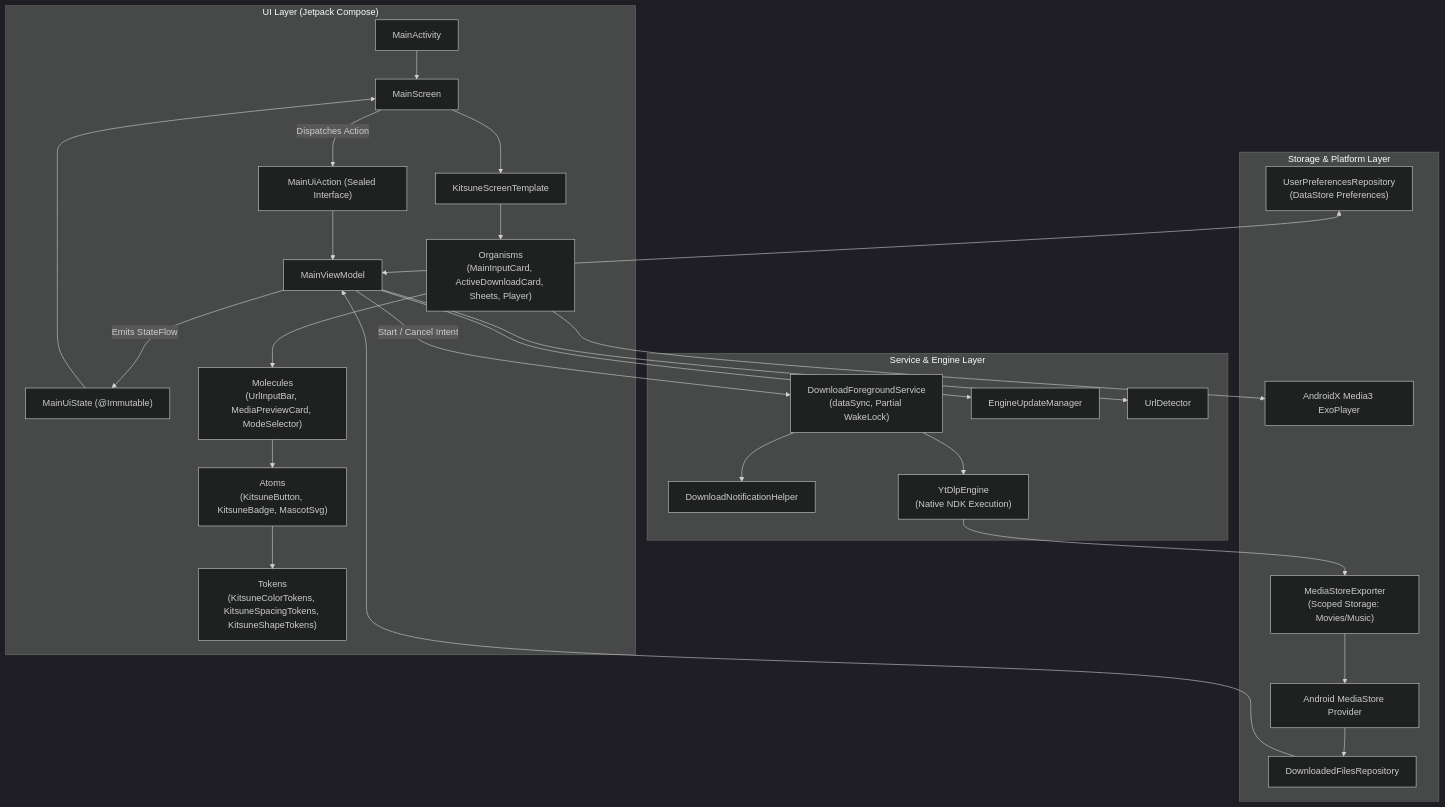
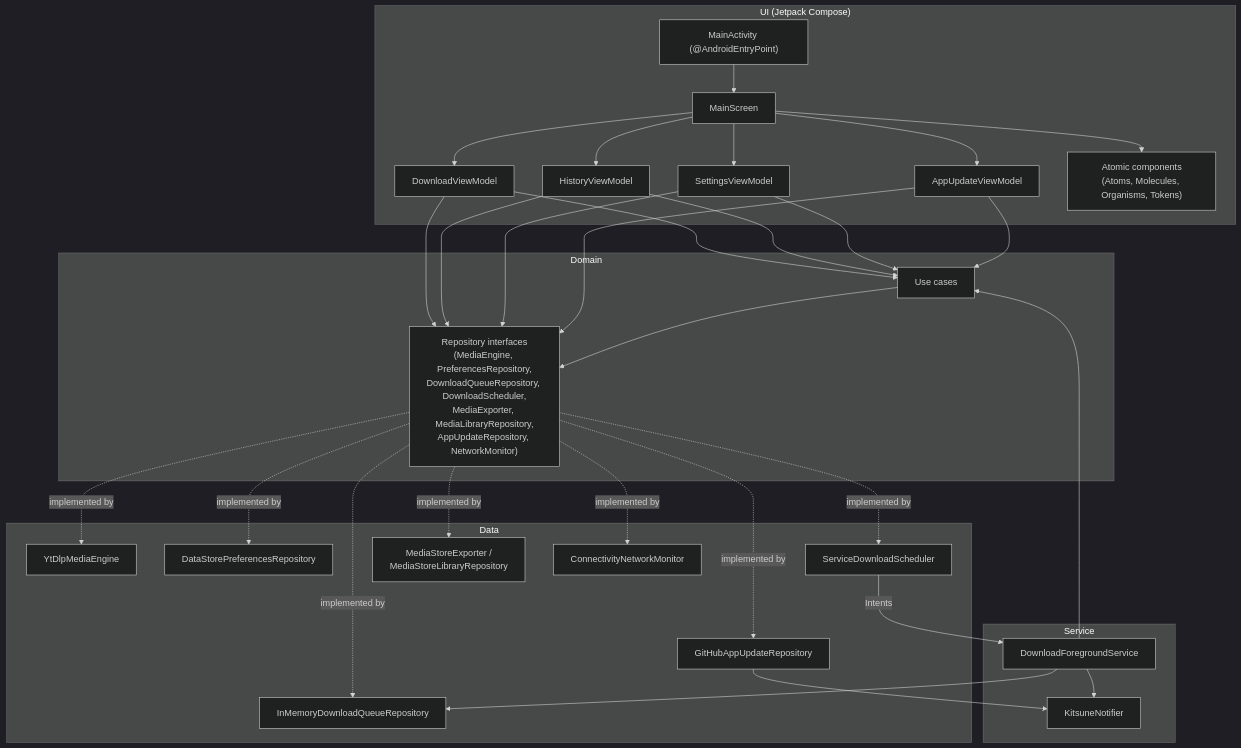
One commit to danielcrvo/kitsune changed the first of 2 diagrams in ARCHITECTURE.md. Above: the diagram before and after it, drawn with Mermaid (dark theme). The commit also changed other lines of this file and 115 other files, not shown here.

First line of the commit message:
refactor: layered architecture with Hilt and feature ViewModels

````diff
--- a/ARCHITECTURE.md
+++ b/ARCHITECTURE.md
@@ -16,55 +19,45 @@
 ```mermaid
 flowchart TD
-    subgraph UI_Layer["UI Layer (Jetpack Compose)"]
-        Activity["MainActivity"]
+    subgraph UI["UI (Jetpack Compose)"]
+        Activity["MainActivity (@AndroidEntryPoint)"]
         Screen["MainScreen"]
-        ViewModel["MainViewModel"]
-        Action["MainUiAction (Sealed Interface)"]
-        State["MainUiState (@Immutable)"]
-        Template["KitsuneScreenTemplate"]
-        Organisms["Organisms\n(MainInputCard, ActiveDownloadCard, Sheets, Player)"]
-        Molecules["Molecules\n(UrlInputBar, MediaPreviewCard, ModeSelector)"]
-        Atoms["Atoms\n(KitsuneButton, KitsuneBadge, MascotSvg)"]
-        Tokens["Tokens\n(KitsuneColorTokens, KitsuneSpacingTokens, KitsuneShapeTokens)"]
+        DownloadVM["DownloadViewModel"]
+        HistoryVM["HistoryViewModel"]
+        SettingsVM["SettingsViewModel"]
+        UpdateVM["AppUpdateViewModel"]
+        Components["Atomic components\n(Atoms, Molecules, Organisms, Tokens)"]
     end
 
-    subgraph Service_Layer["Service & Engine Layer"]
-        Service["DownloadForegroundService\n(dataSync, Partial WakeLock)"]
-        Helper["DownloadNotificationHelper"]
-        Engine["YtDlpEngine\n(Native NDK Execution)"]
-        Updater["EngineUpdateManager"]
-        Detector["UrlDetector"]
+    subgraph Domain["Domain"]
+        UseCases["Use cases"]
+        Interfaces["Repository interfaces\n(MediaEngine, PreferencesRepository,\nDownloadQueueRepository, DownloadScheduler,\nMediaExporter, MediaLibraryRepository,\nAppUpdateRepository, NetworkMonitor)"]
     end
 
-    subgraph Storage_Layer["Storage & Platform Layer"]
-        Exporter["MediaStoreExporter\n(Scoped Storage: Movies/Music)"]
-        FilesRepo["DownloadedFilesRepository"]
-        PrefsRepo["UserPreferencesRepository\n(DataStore Preferences)"]
-        ExoPlayer["AndroidX Media3 ExoPlayer"]
-        AndroidMediaStore["Android MediaStore Provider"]
+    subgraph Data["Data"]
+        Engine["YtDlpMediaEngine"]
+        Prefs["DataStorePreferencesRepository"]
+        Queue["InMemoryDownloadQueueRepository"]
+        Scheduler["ServiceDownloadScheduler"]
+        Media["MediaStoreExporter /\nMediaStoreLibraryRepository"]
+        Updater["GitHubAppUpdateRepository"]
+        Network["ConnectivityNetworkMonitor"]
+    end
+
+    subgraph Service["Service"]
+        DownloadService["DownloadForegroundService"]
+        Notifier["KitsuneNotifier"]
     end
 
     Activity --> Screen
-    Screen --> Template
-    Template --> Organisms
-    Organisms --> Molecules
-    Molecules --> Atoms
-    Atoms --> Tokens
-
-    Screen -->|Dispatches Action| Action
-    Action --> ViewModel
-    ViewModel -->|Emits StateFlow| State
-    State --> Screen
-
-    ViewModel -->|Start / Cancel Intent| Service
-    Service --> Helper
-    Service --> Engine
-    Engine --> Exporter
-    Exporter --> AndroidMediaStore
-    AndroidMediaStore --> FilesRepo
-    FilesRepo --> ViewModel
-    PrefsRepo <--> ViewModel
-    ViewModel --> Updater
-    ViewModel --> Detector
-    Organisms --> ExoPlayer
+    Screen --> Components
+    Screen --> DownloadVM & HistoryVM & SettingsVM & UpdateVM
+    DownloadVM & HistoryVM & SettingsVM & UpdateVM --> UseCases
+    DownloadVM & HistoryVM & SettingsVM & UpdateVM --> Interfaces
+    UseCases --> Interfaces
+    Interfaces -.implemented by.-> Engine & Prefs & Queue & Scheduler & Media & Updater & Network
+    Scheduler -->|Intents| DownloadService
+    DownloadService --> UseCases
+    DownloadService --> Queue
+    DownloadService --> Notifier
+    Updater --> Notifier
 ```
````
